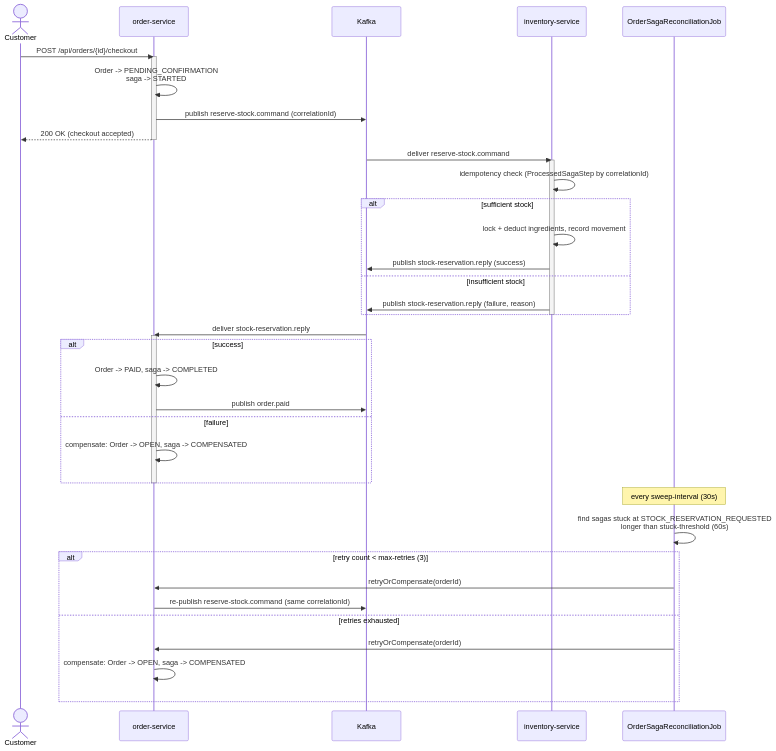
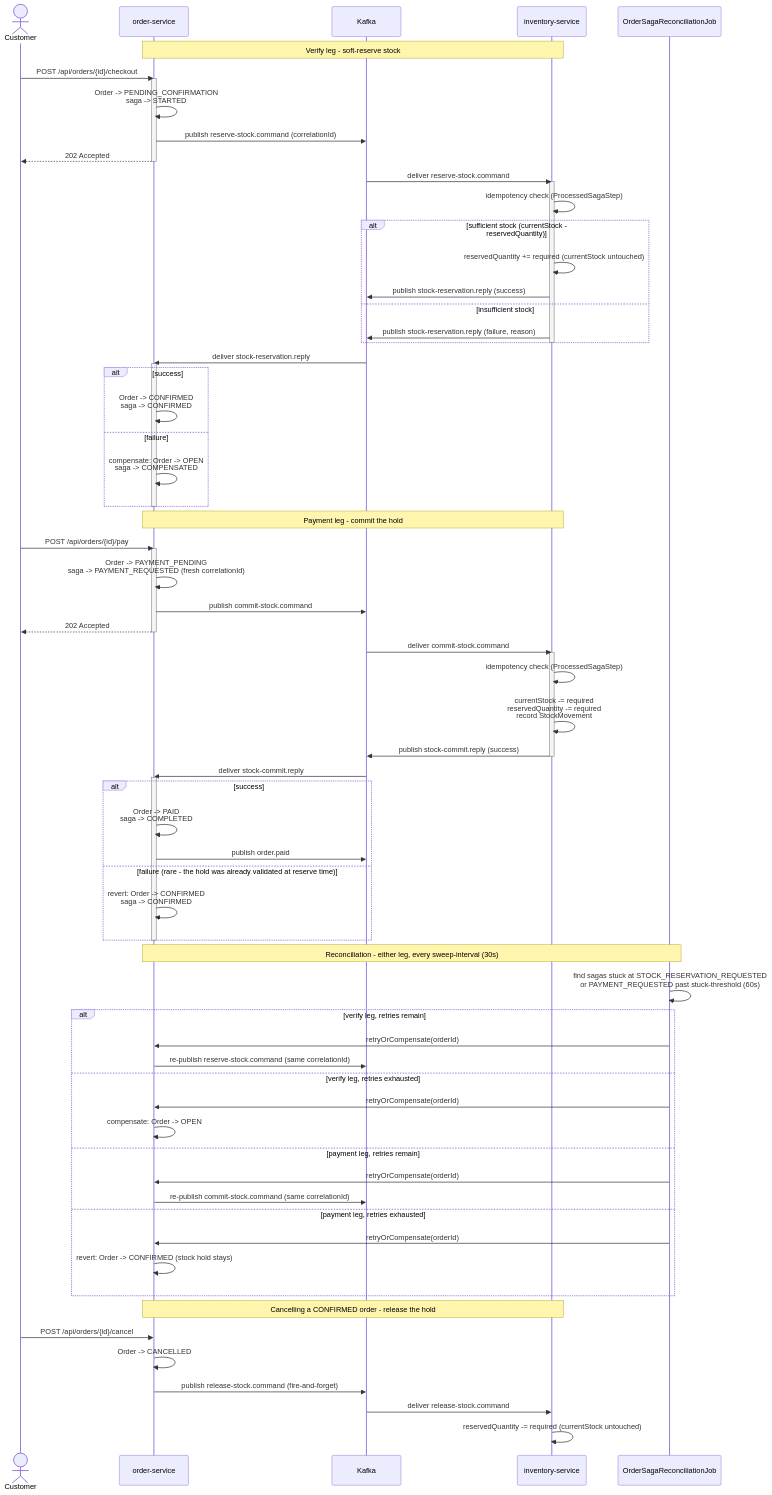
One commit to tanhutminh/cafe-microservice-project changed the second of 4 diagrams in README.md. Above: the diagram before and after it, drawn with Mermaid. The commit also changed other lines of this file and 24 other files, not shown here.

````diff
--- a/README.md
+++ b/README.md
@@ -88,18 +93,19 @@
     participant IS as inventory-service
     participant Job as OrderSagaReconciliationJob
 
+    Note over OS,IS: Verify leg - soft-reserve stock
     Customer->>OS: POST /api/orders/{id}/checkout
     activate OS
     OS->>OS: Order -> PENDING_CONFIRMATION<br/>saga -> STARTED
     OS->>K: publish reserve-stock.command (correlationId)
-    OS-->>Customer: 200 OK (checkout accepted)
+    OS-->>Customer: 202 Accepted
     deactivate OS
 
     K->>IS: deliver reserve-stock.command
     activate IS
-    IS->>IS: idempotency check (ProcessedSagaStep by correlationId)
-    alt sufficient stock
-        IS->>IS: lock + deduct ingredients, record movement
+    IS->>IS: idempotency check (ProcessedSagaStep)
+    alt sufficient stock (currentStock - reservedQuantity)
+        IS->>IS: reservedQuantity += required (currentStock untouched)
         IS->>K: publish stock-reservation.reply (success)
     else insufficient stock
         IS->>K: publish stock-reservation.reply (failure, reason)
@@ -109,20 +115,57 @@
     K->>OS: deliver stock-reservation.reply
     activate OS
     alt success
-        OS->>OS: Order -> PAID, saga -> COMPLETED
-        OS->>K: publish order.paid
+        OS->>OS: Order -> CONFIRMED<br/>saga -> CONFIRMED
     else failure
-        OS->>OS: compensate: Order -> OPEN, saga -> COMPENSATED
+        OS->>OS: compensate: Order -> OPEN<br/>saga -> COMPENSATED
     end
     deactivate OS
 
-    Note over Job: every sweep-interval (30s)
-    Job->>Job: find sagas stuck at STOCK_RESERVATION_REQUESTED<br/>longer than stuck-threshold (60s)
-    alt retry count < max-retries (3)
+    Note over OS,IS: Payment leg - commit the hold
+    Customer->>OS: POST /api/orders/{id}/pay
+    activate OS
+    OS->>OS: Order -> PAYMENT_PENDING<br/>saga -> PAYMENT_REQUESTED (fresh correlationId)
+    OS->>K: publish commit-stock.command
+    OS-->>Customer: 202 Accepted
+    deactivate OS
+
+    K->>IS: deliver commit-stock.command
+    activate IS
+    IS->>IS: idempotency check (ProcessedSagaStep)
+    IS->>IS: currentStock -= required<br/>reservedQuantity -= required<br/>record StockMovement
+    IS->>K: publish stock-commit.reply (success)
+    deactivate IS
+
+    K->>OS: deliver stock-commit.reply
+    activate OS
+    alt success
+        OS->>OS: Order -> PAID<br/>saga -> COMPLETED
+        OS->>K: publish order.paid
+    else failure (rare - the hold was already validated at reserve time)
+        OS->>OS: revert: Order -> CONFIRMED<br/>saga -> CONFIRMED
+    end
+    deactivate OS
+
+    Note over OS,Job: Reconciliation - either leg, every sweep-interval (30s)
+    Job->>Job: find sagas stuck at STOCK_RESERVATION_REQUESTED<br/>or PAYMENT_REQUESTED past stuck-threshold (60s)
+    alt verify leg, retries remain
         Job->>OS: retryOrCompensate(orderId)
         OS->>K: re-publish reserve-stock.command (same correlationId)
-    else retries exhausted
+    else verify leg, retries exhausted
         Job->>OS: retryOrCompensate(orderId)
-        OS->>OS: compensate: Order -> OPEN, saga -> COMPENSATED
+        OS->>OS: compensate: Order -> OPEN
+    else payment leg, retries remain
+        Job->>OS: retryOrCompensate(orderId)
+        OS->>K: re-publish commit-stock.command (same correlationId)
+    else payment leg, retries exhausted
+        Job->>OS: retryOrCompensate(orderId)
+        OS->>OS: revert: Order -> CONFIRMED (stock hold stays)
     end
+
+    Note over OS,IS: Cancelling a CONFIRMED order - release the hold
+    Customer->>OS: POST /api/orders/{id}/cancel
+    OS->>OS: Order -> CANCELLED
+    OS->>K: publish release-stock.command (fire-and-forget)
+    K->>IS: deliver release-stock.command
+    IS->>IS: reservedQuantity -= required (currentStock untouched)
 ```
````
